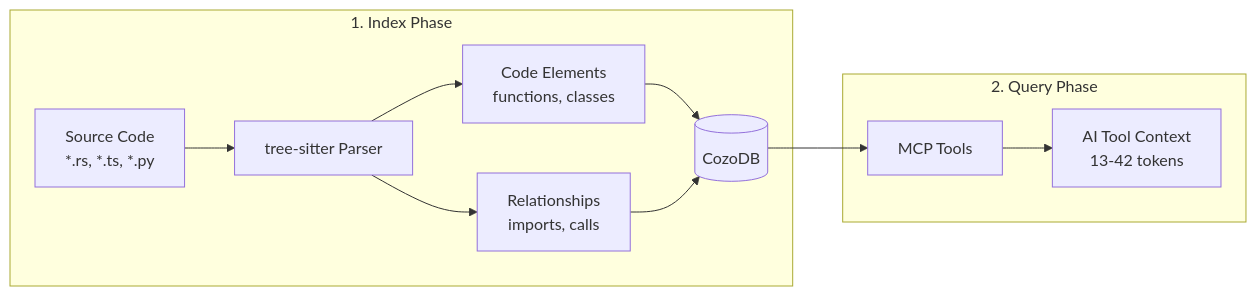
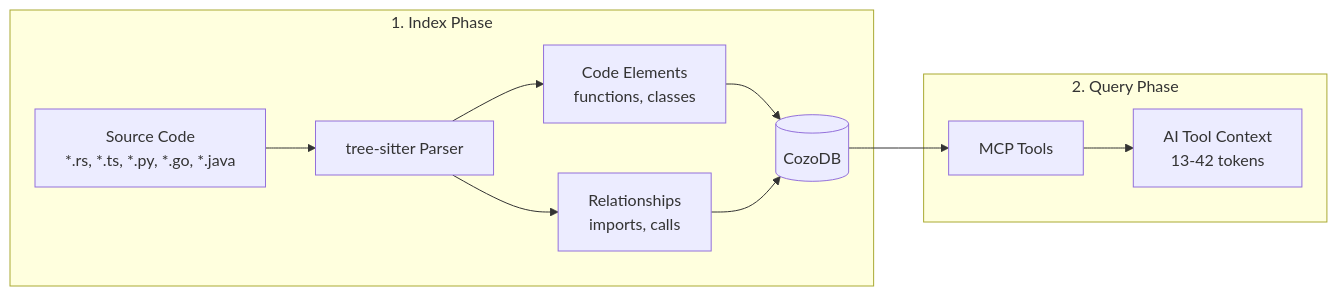
The third of 3 diagrams in README.md (nkchuong1607/LeanKG), drawn with Mermaid before and after one commit. The commit also changed other lines of this file and 20 other files, not shown here.

````diff
--- a/README.md
+++ b/README.md
@@ -208,15 +208,15 @@
 ```mermaid
 graph LR
     subgraph "1. Index Phase"
-        A["Source Code<br/>*.rs, *.ts, *.py"] --> B["tree-sitter Parser"]
+        A["Source Code<br/>*.rs, *.ts, *.py, *.go, *.java"] --> B["tree-sitter Parser"]
         B --> C["Code Elements<br/>functions, classes"]
         B --> D["Relationships<br/>imports, calls"]
         C --> E[("CozoDB")]
         D --> E
     end
     
     subgraph "2. Query Phase"
         E --> F["MCP Tools"]
         F --> G["AI Tool Context<br/>13-42 tokens"]
     end
 ```
````
